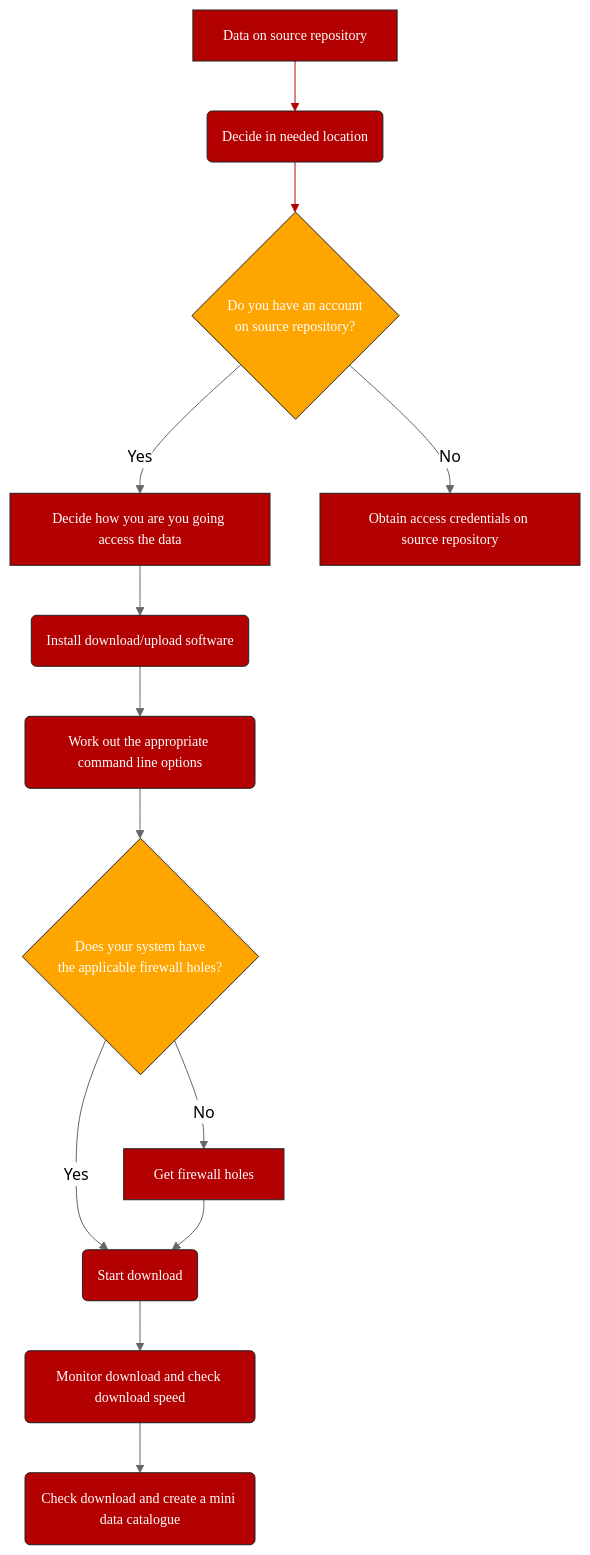
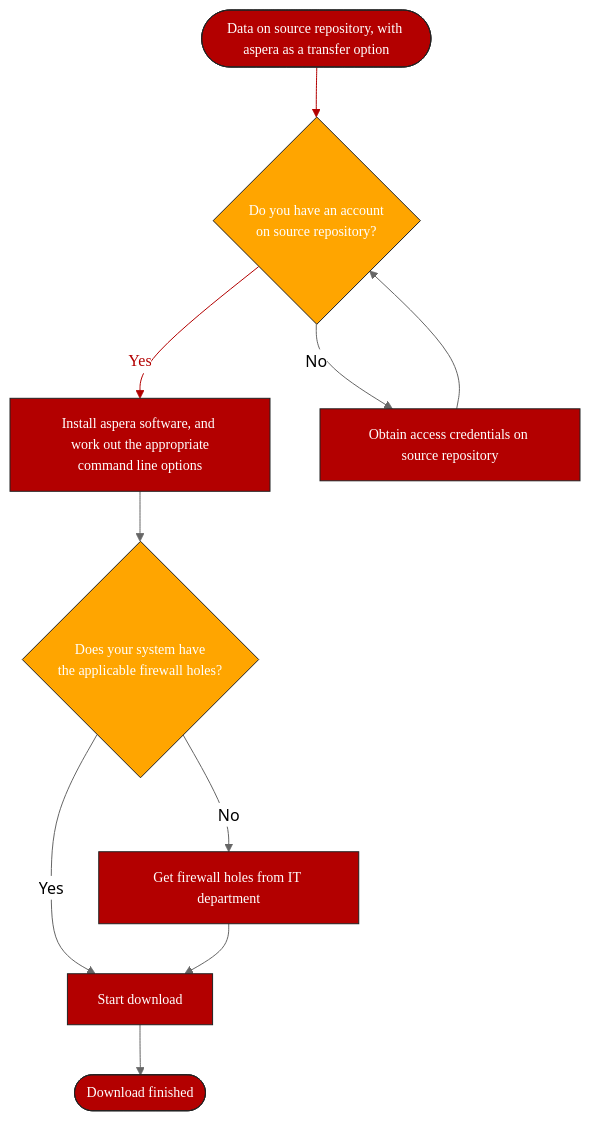
Before and after one commit to FAIRplus/the-fair-cookbook: the diagram in content/recipes/accessibility/aspera.md-figure1.mmd, drawn with Mermaid (neutral theme). The commit also changed 1 other file, not shown here.

Commit message:
aspera: reworks flowchart

```diff
--- a/content/recipes/accessibility/aspera.md-figure1.mmd
+++ b/content/recipes/accessibility/aspera.md-figure1.mmd
@@ -1,18 +1,15 @@
 graph TD
  A:::box
- A[Data on source repository] --> B(Decide in needed location):::box
-    B --> C{Do you have an account <br/>on source repository?}:::box1
-    C -->|Yes| D[Decide how you are you going access the data]:::box
+ A([Data on source repository, with aspera as a transfer option]) --> C{Do you have an account <br/>on source repository?}:::box1
+    C -->|Yes| H[Install aspera software, and <br/> work out the appropriate command line options]:::box
     C -->|No| E[Obtain access credentials on source repository]:::box
-    D -->H(Install download/upload software):::box
-    H -->I(Work out the appropriate command line options):::box
-    I -->Z{Does your system have <br/>the applicable firewall holes?}:::box1
-    Z -->|Yes| J(Start download):::box
-    Z -->|No| G[Get firewall holes]:::box
+    E --> C
+    H -->Z{Does your system have <br/>the applicable firewall holes?}:::box1
+    Z -->|Yes| J[Start download]:::box
+    Z -->|No| G[Get firewall holes from IT department]:::box
     G --> J
-    J -->K(Monitor download and check download speed):::box
-    K -->L(Check download and create a mini data catalogue):::box
+    J -->K([Download finished]):::box
 
 classDef box font-family:avenir,font-size:14px,fill:#B30000,stroke:#222,color:#fff,stroke-width:1px
 classDef box1 font-family:avenir,font-size:14px,fill:orange,stroke:#222,color:#fff,stroke-width:1px
 linkStyle 0,1 stroke:#B30000,stroke-width:1px,color:#B30000,font-family:avenir;
```
